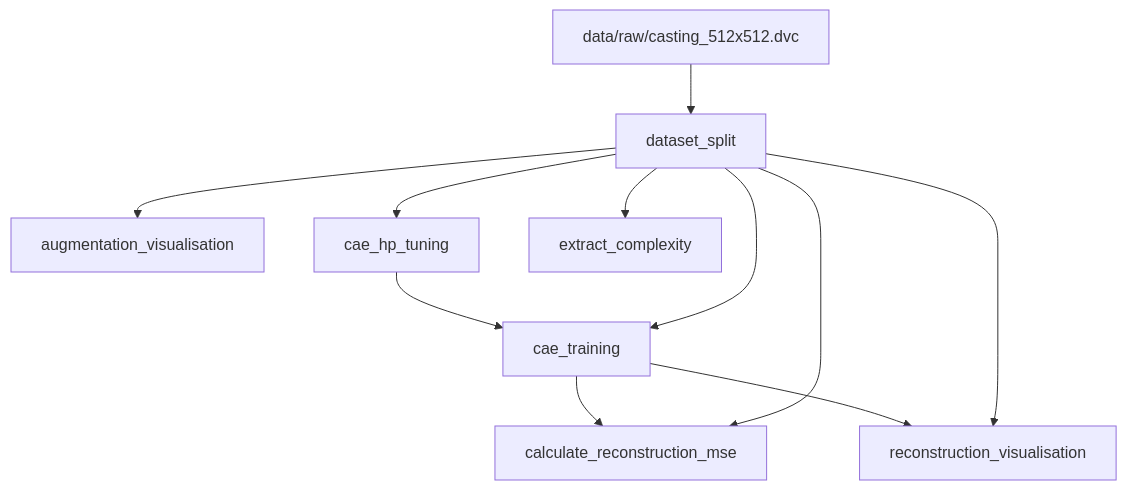
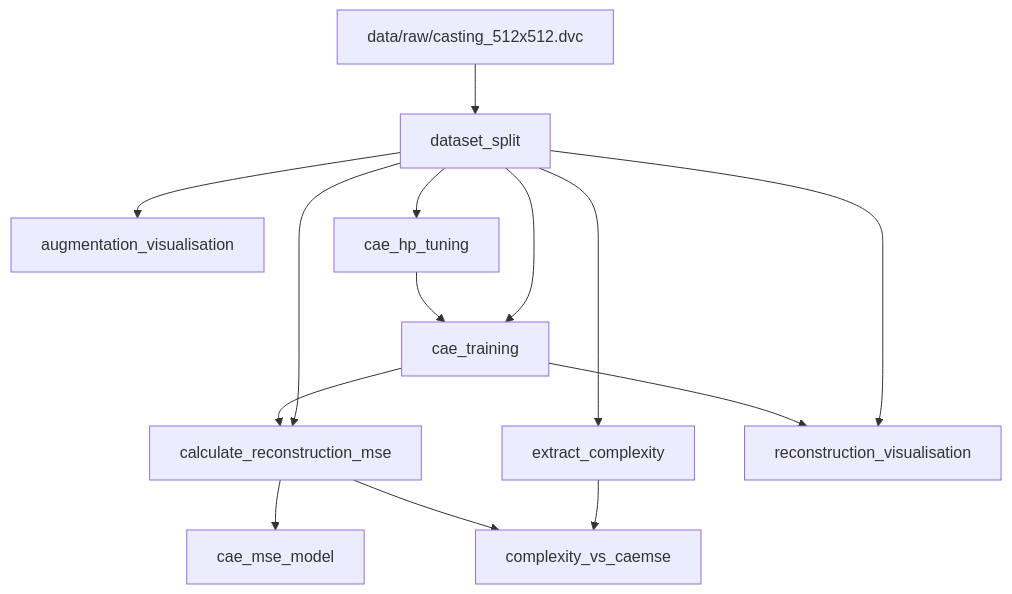
The diagram in visualisation/dag.md (alexsandercaac/img-complexity-cae), drawn with Mermaid before and after one commit.

````diff
--- a/visualisation/dag.md
+++ b/visualisation/dag.md
@@ -1,21 +1,26 @@
 ```mermaid
 flowchart TD
 	node1["augmentation_visualisation"]
 	node2["cae_hp_tuning"]
-	node3["cae_training"]
-	node4["calculate_reconstruction_mse"]
-	node5["data/raw/casting_512x512.dvc"]
-	node6["dataset_split"]
-	node7["extract_complexity"]
-	node8["reconstruction_visualisation"]
-	node2-->node3
-	node3-->node4
-	node3-->node8
+	node3["cae_mse_model"]
+	node4["cae_training"]
+	node5["calculate_reconstruction_mse"]
+	node6["complexity_vs_caemse"]
+	node7["data/raw/casting_512x512.dvc"]
+	node8["dataset_split"]
+	node9["extract_complexity"]
+	node10["reconstruction_visualisation"]
+	node2-->node4
+	node4-->node5
+	node4-->node10
+	node5-->node3
 	node5-->node6
-	node6-->node1
-	node6-->node2
-	node6-->node3
-	node6-->node4
-	node6-->node7
-	node6-->node8
+	node7-->node8
+	node8-->node1
+	node8-->node2
+	node8-->node4
+	node8-->node5
+	node8-->node9
+	node8-->node10
+	node9-->node6
 ```
````
